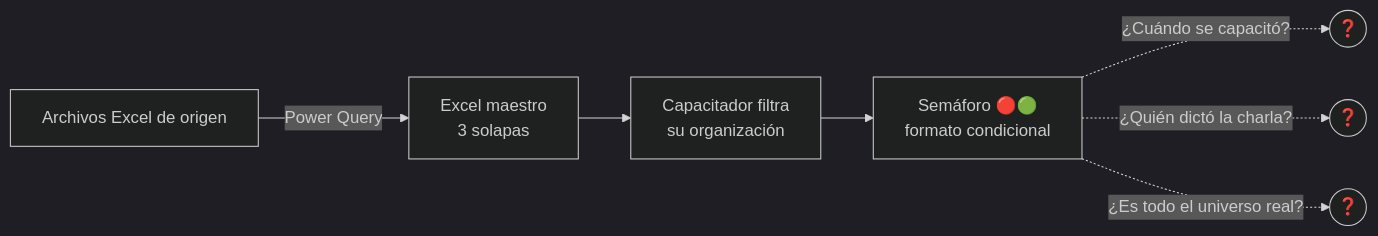
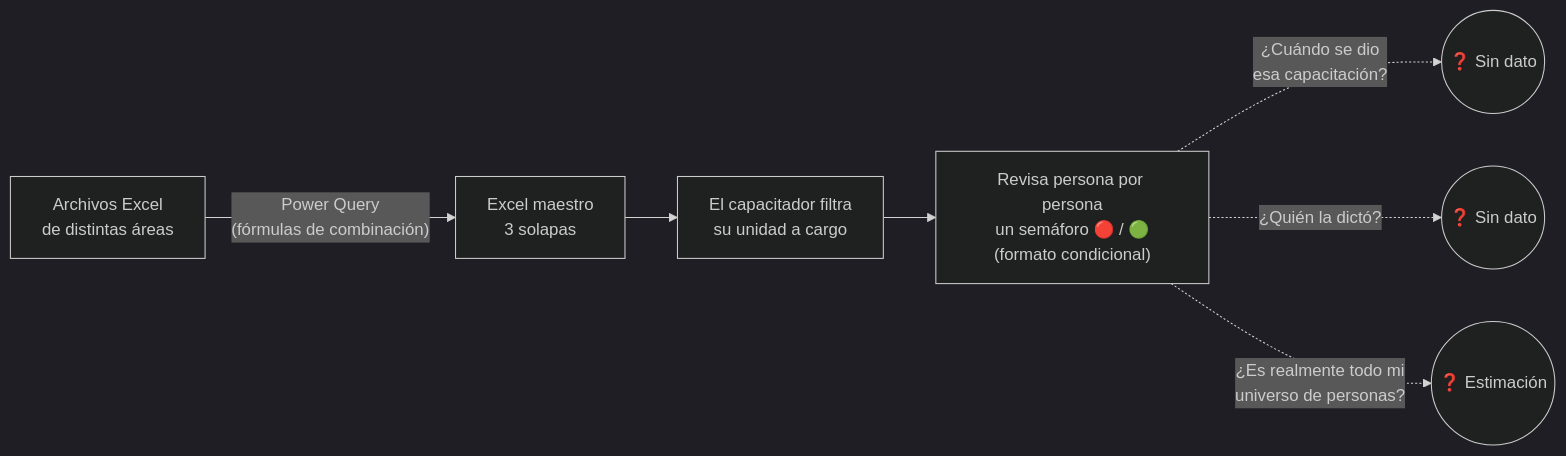
The first of 5 diagrams in charla-5-min/README.md (jminolli-e/case-studies), drawn with Mermaid (dark theme) before and after one commit. The commit also changed other lines of this file, not shown here.

````diff
--- a/charla-5-min/README.md
+++ b/charla-5-min/README.md
@@ -17,9 +21,9 @@
 ```mermaid
 flowchart LR
-    A[Archivos Excel de origen] -->|Power Query| B[Excel maestro<br/>3 solapas]
-    B --> C[Capacitador filtra<br/>su organización]
-    C --> D["Semáforo 🔴🟢<br/>formato condicional"]
-    D -.->|"¿Cuándo se capacitó?"| E((❓))
-    D -.->|"¿Quién dictó la charla?"| F((❓))
-    D -.->|"¿Es todo el universo real?"| G((❓))
+    A["Archivos Excel<br/>de distintas áreas"] -->|"Power Query<br/>(fórmulas de combinación)"| B["Excel maestro<br/>3 solapas"]
+    B --> C["El capacitador filtra<br/>su unidad a cargo"]
+    C --> D["Revisa persona por persona<br/>un semáforo 🔴 / 🟢<br/>(formato condicional)"]
+    D -.->|"¿Cuándo se dio<br/>esa capacitación?"| Q1(("❓ Sin dato"))
+    D -.->|"¿Quién la dictó?"| Q2(("❓ Sin dato"))
+    D -.->|"¿Es realmente todo mi<br/>universo de personas?"| Q3(("❓ Estimación"))
 ```
````
